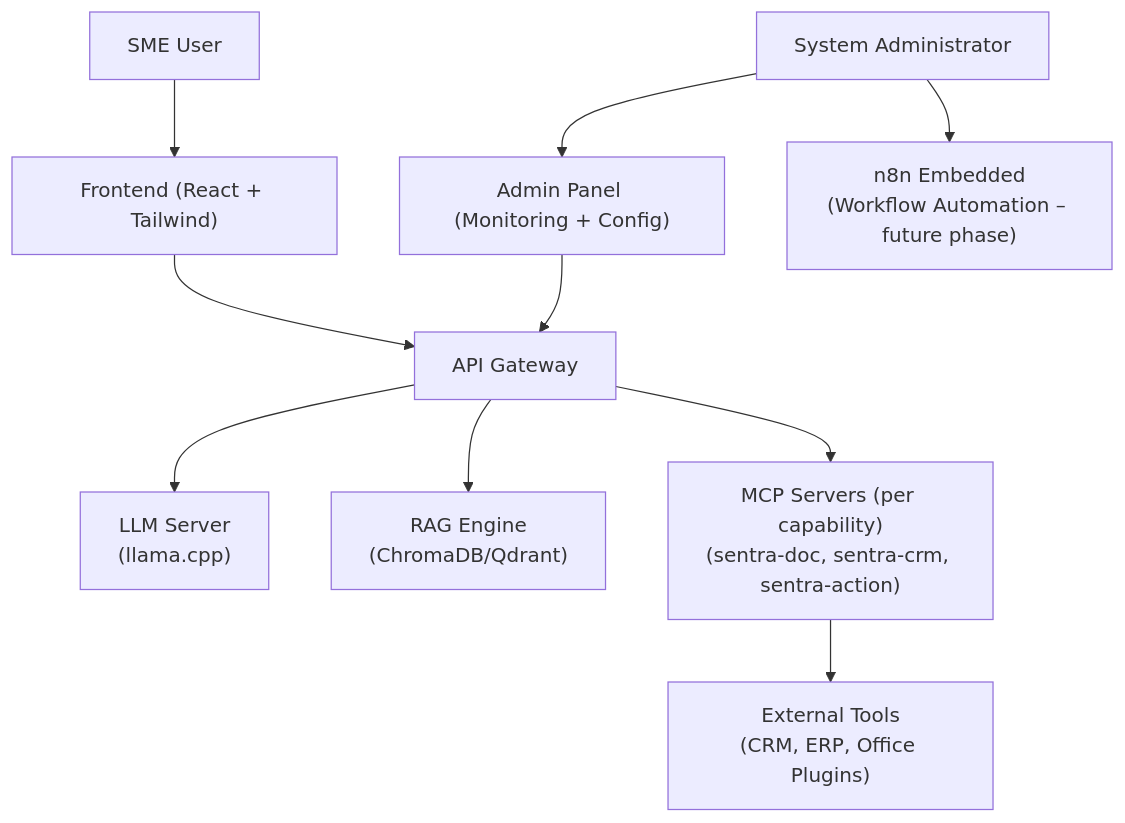
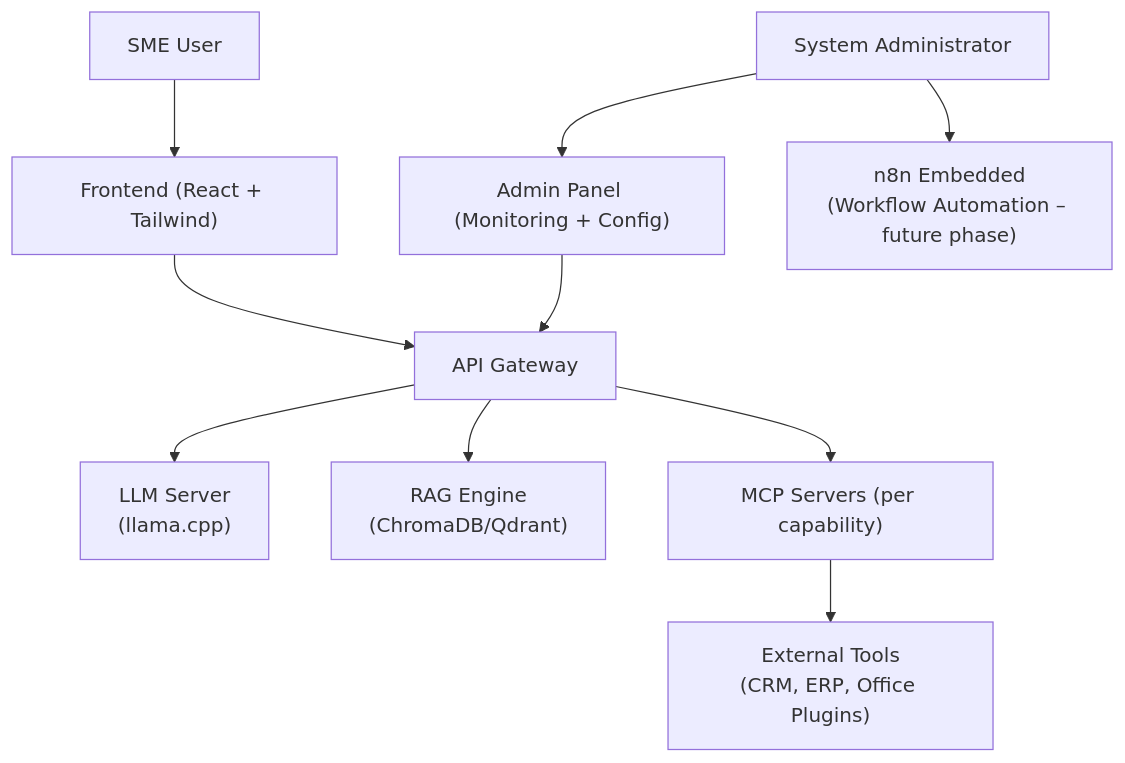
The diagram in docs/arc42/00_overview.md (Sentra-Brain/sentra-platform), drawn with Mermaid before and after one commit. The commit also changed 25 other files, not shown here.

Commit message:
Refactor MCP server architecture: remove individual service definitions and update documentation to reflect TBD status for MCP capabilities.

````diff
--- a/docs/arc42/00_overview.md
+++ b/docs/arc42/00_overview.md
@@ -37,23 +37,23 @@
 ```mermaid
 graph TD
     User["SME User"]
     Admin["System Administrator"]
     Frontend["Frontend (React + Tailwind)"]
     AdminPanel["Admin Panel (Monitoring + Config)"]
     n8n["n8n Embedded<br/>(Workflow Automation – future phase)"]
     Gateway["API Gateway"]
     LLM["LLM Server<br/>(llama.cpp)"]
     RAG["RAG Engine<br/>(ChromaDB/Qdrant)"]
-    MCP["MCP Servers (per capability)<br/>(sentra-doc, sentra-crm, sentra-action)"]
+    MCP["MCP Servers (per capability)"]
     ExternalTools["External Tools<br/>(CRM, ERP, Office Plugins)"]
 
     User --> Frontend
     Admin --> AdminPanel
     Admin --> n8n
     Frontend --> Gateway
     AdminPanel --> Gateway
     Gateway --> LLM
     Gateway --> RAG
     Gateway --> MCP
     MCP --> ExternalTools
 ```
````
